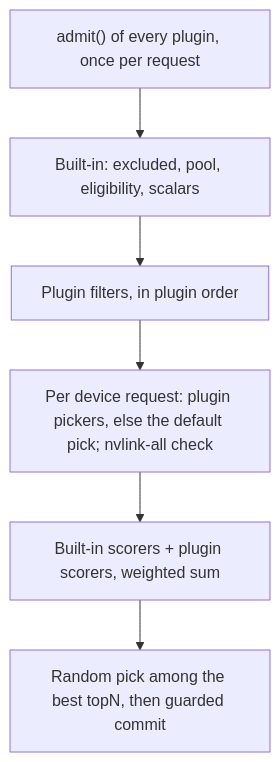
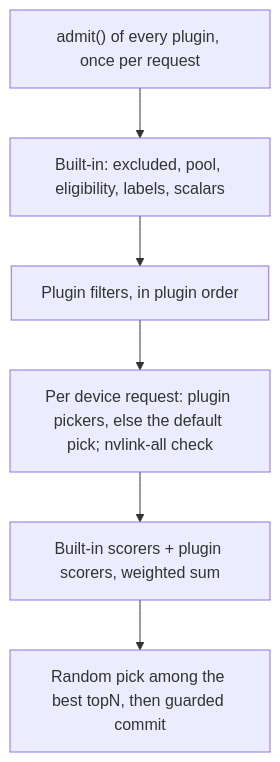
Before and after one commit to Better-Compute/better-compute: the diagram in apps/docs/content/docs/extending/scheduler-plugins.mdx, drawn with Mermaid. The commit also changed other lines of this file and 53 other files, not shown here.

````diff
--- a/apps/docs/content/docs/extending/scheduler-plugins.mdx
+++ b/apps/docs/content/docs/extending/scheduler-plugins.mdx
@@ -75,8 +77,8 @@
 ```mermaid
 flowchart TD
-  A["admit() of every plugin, once per request"] --> E["Built-in: excluded, pool, eligibility, scalars"]
+  A["admit() of every plugin, once per request"] --> E["Built-in: excluded, pool, eligibility, labels, scalars"]
   E --> F["Plugin filters, in plugin order"]
   F --> K["Per device request: plugin pickers, else the default pick; nvlink-all check"]
   K --> S["Built-in scorers + plugin scorers, weighted sum"]
   S --> T["Random pick among the best topN, then guarded commit"]
 ```
````
